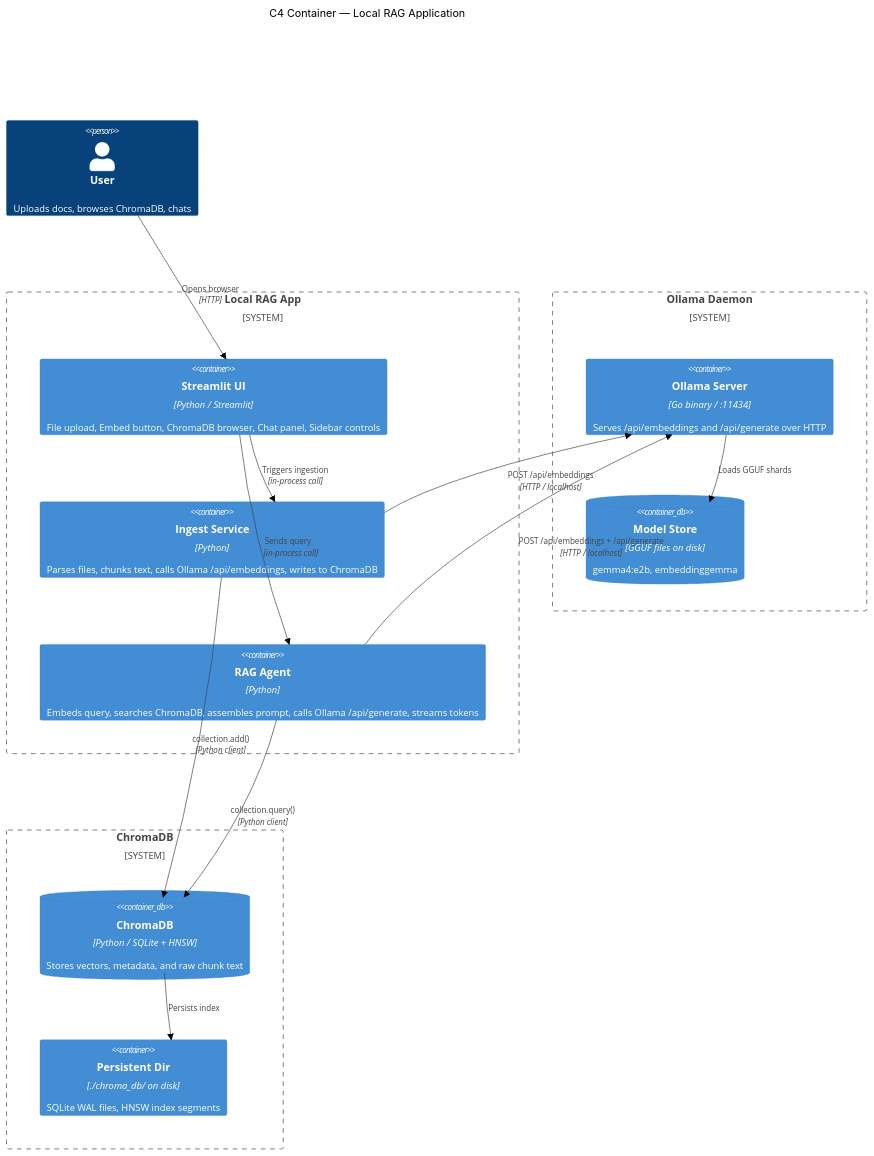
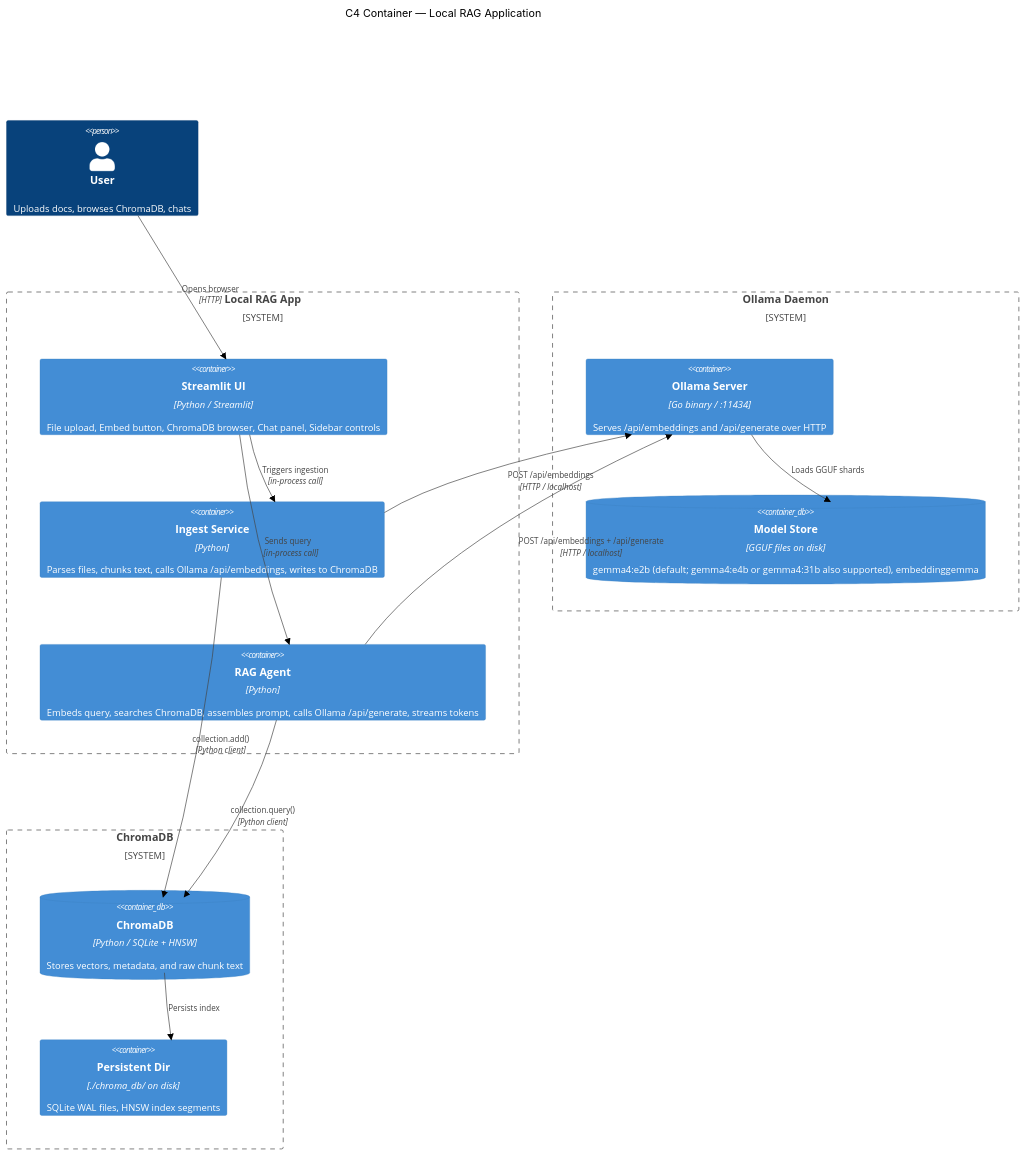
Before and after one commit to AWDubs/Local-RAG: the second of 2 diagrams in docs/theory/00-overview/architecture.md, drawn with Mermaid (neutral theme). The commit also changed other lines of this file and 19 other files, not shown here.

````diff
--- a/docs/theory/00-overview/architecture.md
+++ b/docs/theory/00-overview/architecture.md
@@ -76,33 +76,33 @@
 ```mermaid
 C4Container
     accTitle: C4 Container diagram — Local RAG Application
     accDescr: Shows the Streamlit UI, Ingest Service, RAG Agent, Ollama daemon with model store, and ChromaDB with its persistence directory.
     title C4 Container — Local RAG Application
     Person(user, "User", "Uploads docs, browses ChromaDB, chats")
 
     System_Boundary(app, "Local RAG App") {
         Container(ui, "Streamlit UI", "Python / Streamlit", "File upload, Embed button, ChromaDB browser, Chat panel, Sidebar controls")
         Container(ingest, "Ingest Service", "Python", "Parses files, chunks text, calls Ollama /api/embeddings, writes to ChromaDB")
         Container(rag, "RAG Agent", "Python", "Embeds query, searches ChromaDB, assembles prompt, calls Ollama /api/generate, streams tokens")
     }
 
     System_Boundary(ollama_sys, "Ollama Daemon") {
         Container(ollama, "Ollama Server", "Go binary / :11434", "Serves /api/embeddings and /api/generate over HTTP")
-        ContainerDb(models, "Model Store", "GGUF files on disk", "gemma4:e2b, embeddinggemma")
+        ContainerDb(models, "Model Store", "GGUF files on disk", "gemma4:e2b (default; gemma4:e4b or gemma4:31b also supported), embeddinggemma")
     }
 
     System_Boundary(db_sys, "ChromaDB") {
         ContainerDb(chroma, "ChromaDB", "Python / SQLite + HNSW", "Stores vectors, metadata, and raw chunk text")
         Container(chroma_dir, "Persistent Dir", "./chroma_db/ on disk", "SQLite WAL files, HNSW index segments")
     }
 
     Rel(user, ui, "Opens browser", "HTTP")
     Rel(ui, ingest, "Triggers ingestion", "in-process call")
     Rel(ui, rag, "Sends query", "in-process call")
     Rel(ingest, ollama, "POST /api/embeddings", "HTTP / localhost")
     Rel(rag, ollama, "POST /api/embeddings + /api/generate", "HTTP / localhost")
     Rel(ingest, chroma, "collection.add()", "Python client")
     Rel(rag, chroma, "collection.query()", "Python client")
     Rel(ollama, models, "Loads GGUF shards")
     Rel(chroma, chroma_dir, "Persists index")
 ```
````
